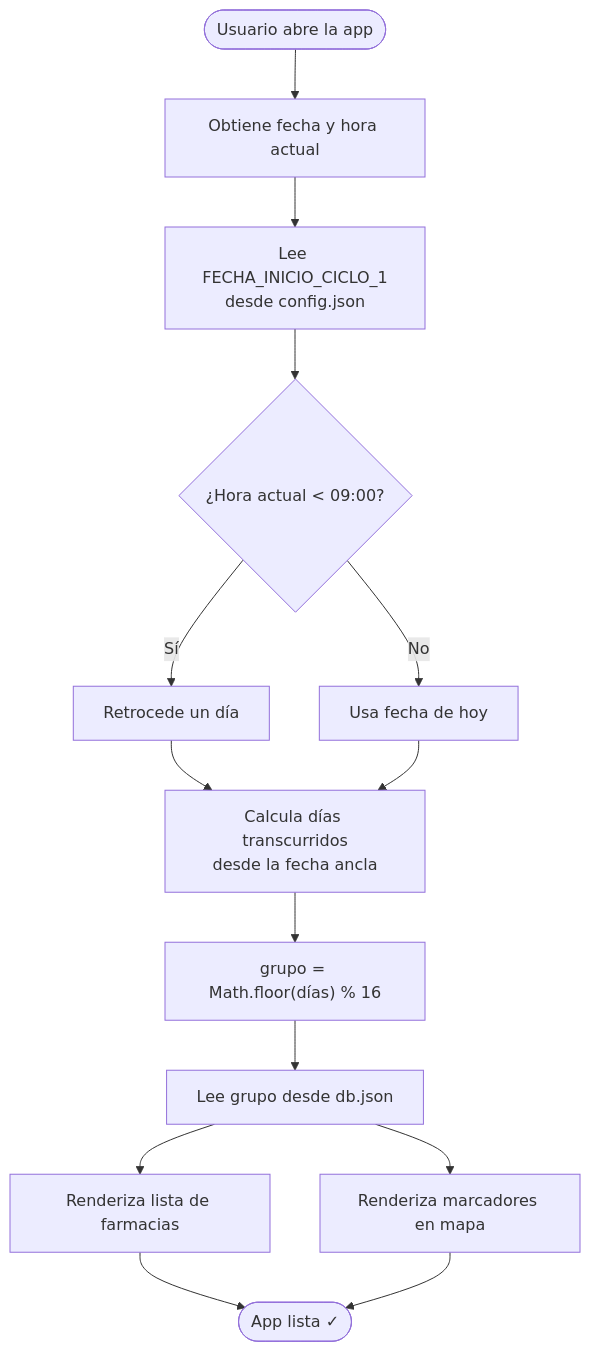
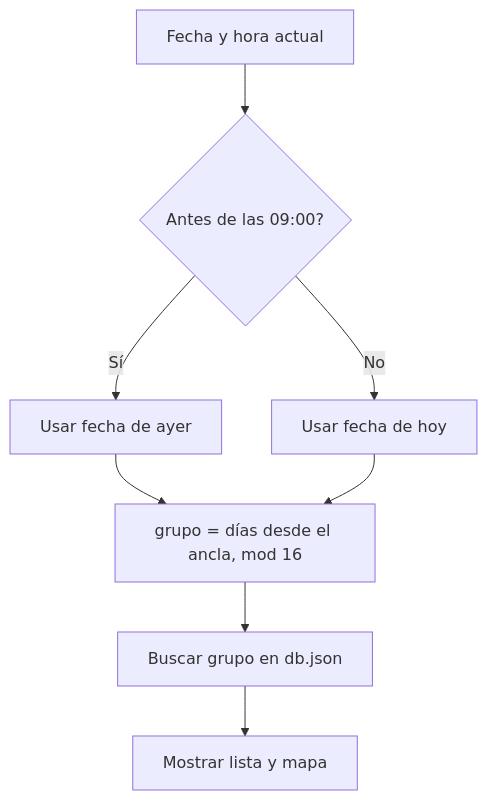
The first of 4 diagrams in README.md (psbella/farmaciasmdp), drawn with Mermaid before and after one commit. The commit also changed other lines of this file, not shown here.

First line of the commit message:
docs: reescribir README desde cero, post-refactor

````diff
--- a/README.md
+++ b/README.md
@@ -54,16 +55,10 @@
 ```mermaid
 flowchart TD
-    A([Usuario abre la app]) --> B[Obtiene fecha y hora actual]
-    B --> C[Lee FECHA_INICIO_CICLO_1\ndesde config.json]
-    C --> D{¿Hora actual < 09:00?}
-    D -- Sí --> E[Retrocede un día]
-    D -- No --> F[Usa fecha de hoy]
-    E --> G[Calcula días transcurridos\ndesde la fecha ancla]
-    F --> G
-    G --> H["grupo = Math.floor(días) % 16"]
-    H --> I[Lee grupo desde db.json]
-    I --> J[Renderiza lista de farmacias]
-    I --> K[Renderiza marcadores en mapa]
-    J --> L([App lista ✓])
-    K --> L
+    A[Fecha y hora actual] --> B{Antes de las 09:00?}
+    B -- Sí --> C[Usar fecha de ayer]
+    B -- No --> D[Usar fecha de hoy]
+    C --> E[grupo = días desde el ancla, mod 16]
+    D --> E
+    E --> F[Buscar grupo en db.json]
+    F --> G[Mostrar lista y mapa]
 ```
````
